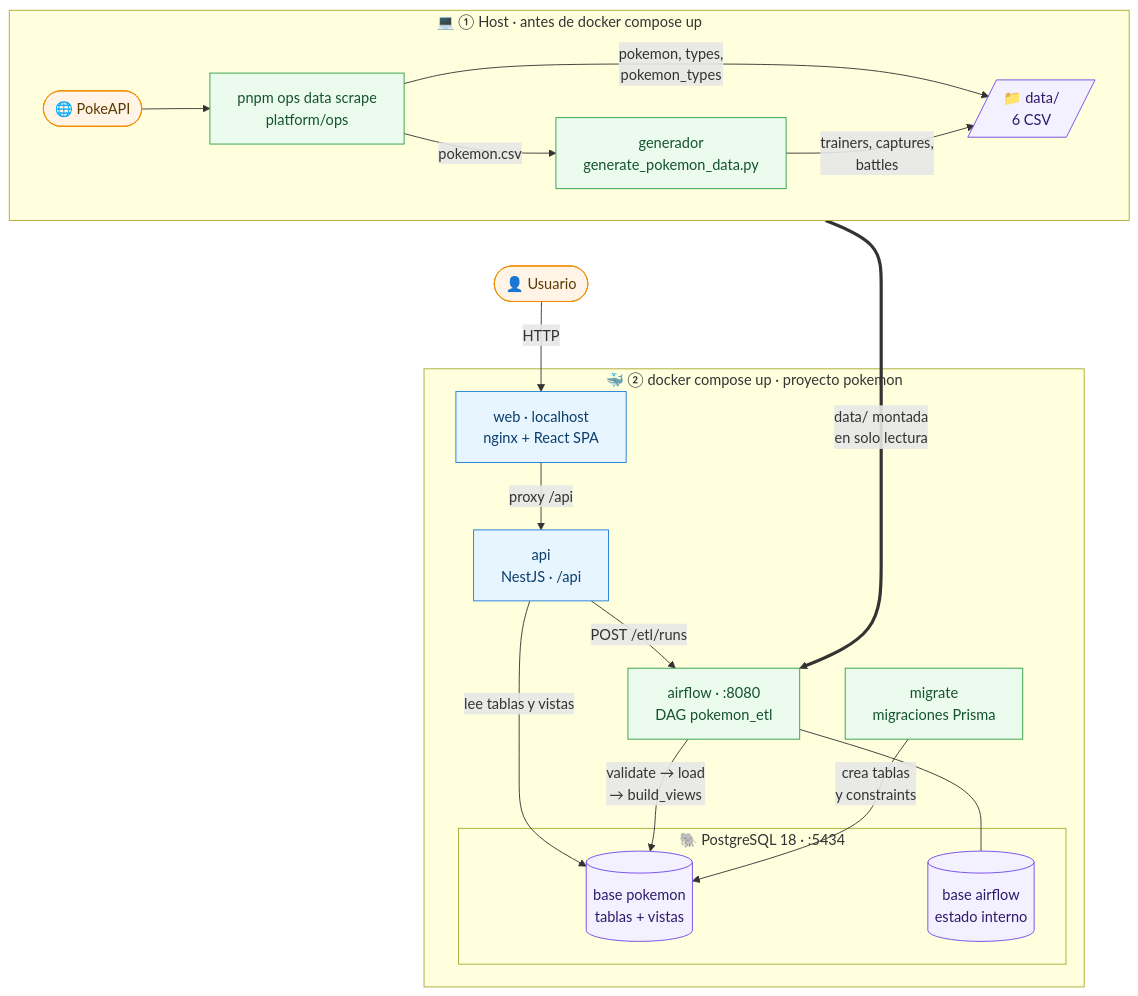
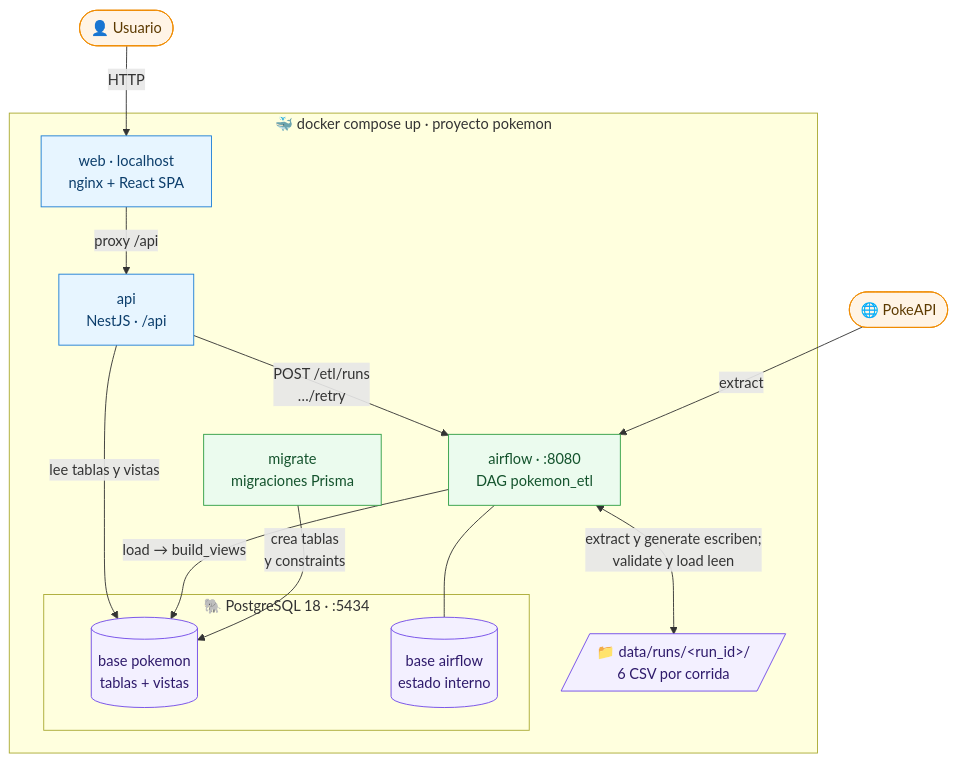
One commit to agustin-rios/pokemon changed the third of 4 diagrams in README.md. Above: the diagram before and after it, drawn with Mermaid. The commit also changed other lines of this file and 9 other files, not shown here.

````diff
--- a/README.md
+++ b/README.md
@@ -224,42 +254,36 @@
 ```mermaid
 flowchart TB
-  subgraph prep["💻 ① Host · antes de docker compose up"]
-    direction LR
-    pokeapi(["🌐 PokeAPI"]) --> scrape["pnpm ops data scrape<br/>platform/ops"]
-    scrape -->|"pokemon.csv"| gen["generador<br/>generate_pokemon_data.py"]
-    scrape -->|"pokemon, types,<br/>pokemon_types"| data[/"📁 data/<br/>6 CSV"/]
-    gen -->|"trainers, captures,<br/>battles"| data
-  end
+  user(["👤 Usuario"])
+  pokeapi(["🌐 PokeAPI"])
 
-  user(["👤 Usuario"])
-
-  subgraph stack["🐳 ② docker compose up · proyecto pokemon"]
+  subgraph stack["🐳 docker compose up · proyecto pokemon"]
     web["web · localhost<br/>nginx + React SPA"]
     api["api<br/>NestJS · /api"]
     airflow["airflow · :8080<br/>DAG pokemon_etl"]
+    data[/"📁 data/runs/&lt;run_id&gt;/<br/>6 CSV por corrida"/]
     migrate["migrate<br/>migraciones Prisma"]
     subgraph pg["🐘 PostgreSQL 18 · :5434"]
       dbapp[("base pokemon<br/>tablas + vistas")]
       dbaf[("base airflow<br/>estado interno")]
     end
   end
 
-  prep ~~~ user
-  prep ==>|"data/ montada<br/>en solo lectura"| airflow
   user -->|HTTP| web
   web -->|"proxy /api"| api
-  api -->|"POST /etl/runs"| airflow
+  api -->|"POST /etl/runs<br/>…/retry"| airflow
   api -->|"lee tablas y vistas"| dbapp
-  airflow -->|"validate → load<br/>→ build_views"| dbapp
+  pokeapi -->|"extract"| airflow
+  airflow <-->|"extract y generate escriben;<br/>validate y load leen"| data
+  airflow -->|"load → build_views"| dbapp
   airflow --- dbaf
   migrate -->|"crea tablas<br/>y constraints"| dbapp
 
   classDef ext fill:#fff4e6,stroke:#f08c00,color:#5c3a00
   classDef app fill:#e7f5ff,stroke:#1c7ed6,color:#0b3d6b
   classDef etl fill:#ebfbee,stroke:#2f9e44,color:#14532d
   classDef store fill:#f3f0ff,stroke:#7048e8,color:#2e1a6b
   class user,pokeapi ext
   class web,api app
-  class scrape,gen,airflow,migrate etl
+  class airflow,migrate etl
   class data,dbapp,dbaf store
 ```
````
